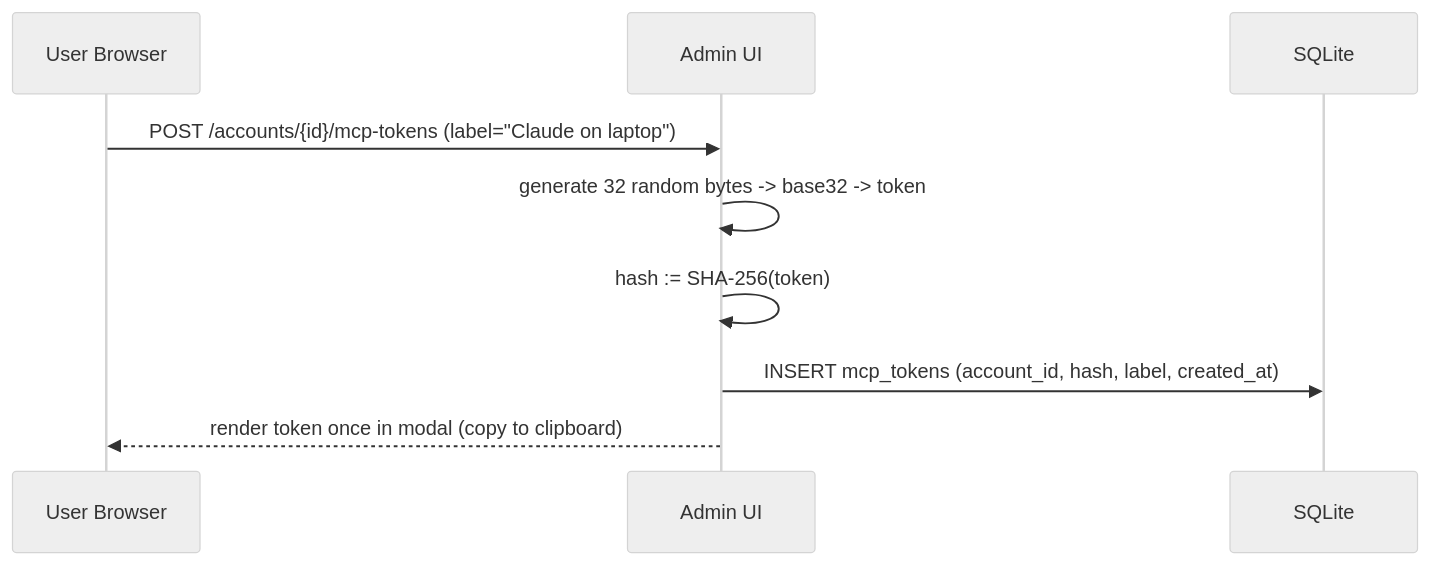
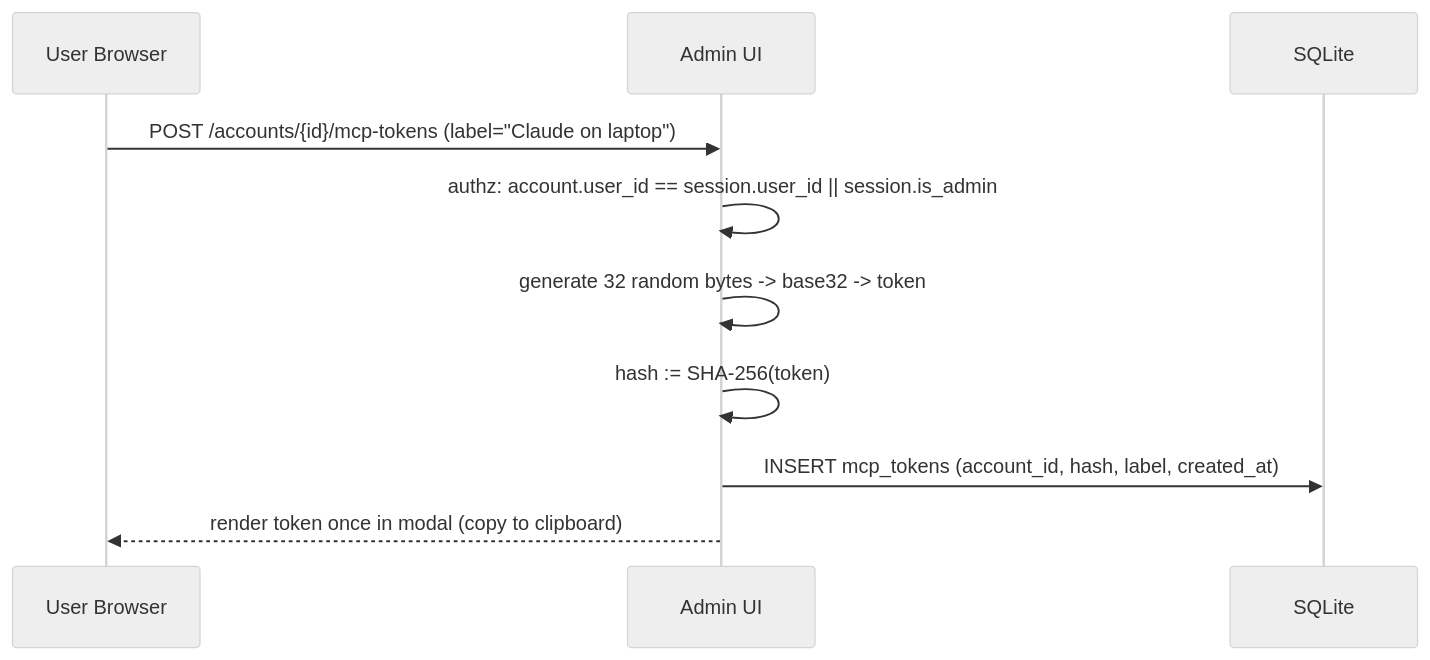
One commit to joestump/reduit changed the third of 3 diagrams in docs/openspec/specs/mcp-tool-surface/design.md. Above: the diagram before and after it, drawn with Mermaid (neutral theme). The commit also changed other lines of this file and 1 other file, not shown here.

First line of the commit message:
docs(spec): SPEC-0006 authz hardening + selector precedence

````diff
--- a/docs/openspec/specs/mcp-tool-surface/design.md
+++ b/docs/openspec/specs/mcp-tool-surface/design.md
@@ -151,11 +181,12 @@
 ```mermaid
 sequenceDiagram
     participant U as User Browser
     participant UI as Admin UI
     participant DB as SQLite
     U->>UI: POST /accounts/{id}/mcp-tokens (label="Claude on laptop")
+    UI->>UI: authz: account.user_id == session.user_id || session.is_admin
     UI->>UI: generate 32 random bytes -> base32 -> token
     UI->>UI: hash := SHA-256(token)
     UI->>DB: INSERT mcp_tokens (account_id, hash, label, created_at)
     UI-->>U: render token once in modal (copy to clipboard)
 ```
````
